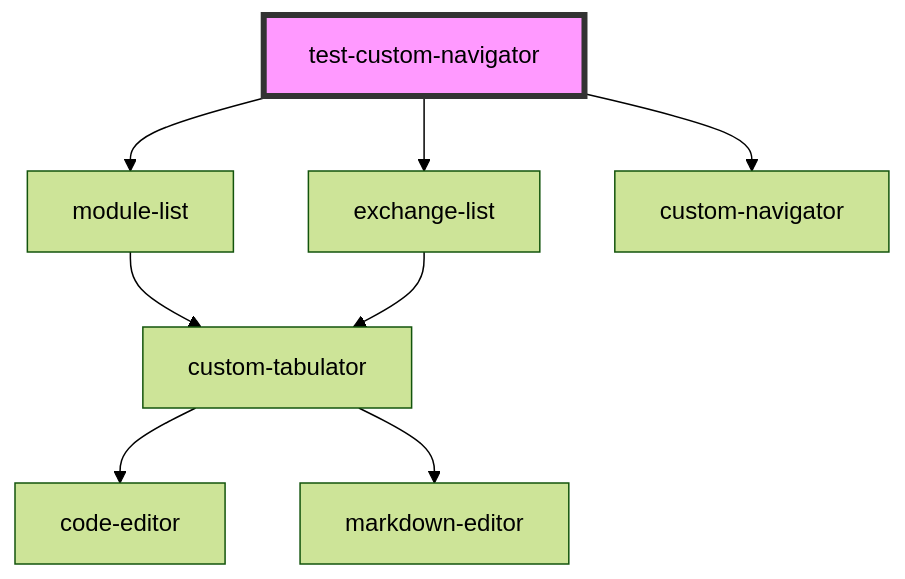
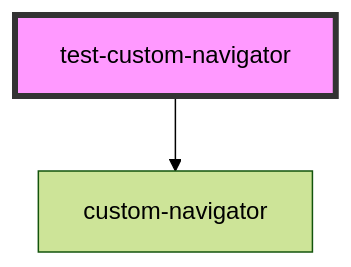
One commit to all41-dev/front.lib changed the diagram in src/components/test-custom-navigator/readme.md. Above: the diagram before and after it, drawn with Mermaid (forest theme). The commit also changed other lines of this file and 5 other files, not shown here.

````diff
--- a/src/components/test-custom-navigator/readme.md
+++ b/src/components/test-custom-navigator/readme.md
@@ -17,11 +15,5 @@
 ```mermaid
 graph TD;
-  test-custom-navigator --> module-list
-  test-custom-navigator --> exchange-list
   test-custom-navigator --> custom-navigator
-  module-list --> custom-tabulator
-  custom-tabulator --> code-editor
-  custom-tabulator --> markdown-editor
-  exchange-list --> custom-tabulator
   style test-custom-navigator fill:#f9f,stroke:#333,stroke-width:4px
 ```
````
